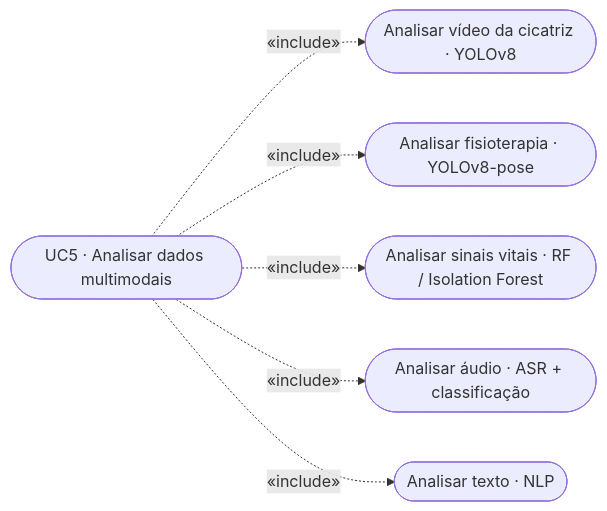
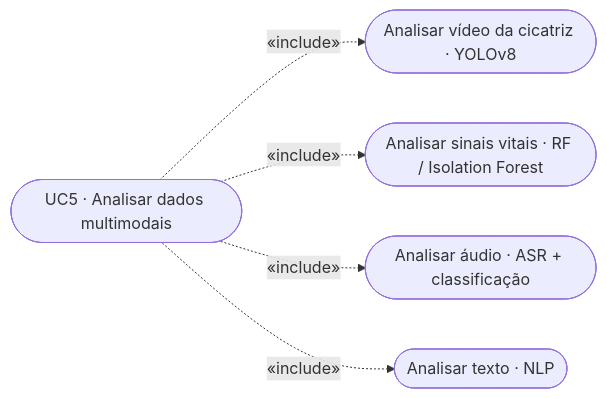
One commit to nurycaroline/8iadt-tc-fase4 changed the second of 3 diagrams in docs/casos-de-uso.md. Above: the diagram before and after it, drawn with Mermaid. The commit also changed other lines of this file and 60 other files, not shown here.

````diff
--- a/docs/casos-de-uso.md
+++ b/docs/casos-de-uso.md
@@ -70,15 +70,13 @@
 ```mermaid
 flowchart LR
     UC5(["UC5 · Analisar dados multimodais"])
     A1(["Analisar vídeo da cicatriz · YOLOv8"])
-    A1b(["Analisar fisioterapia · YOLOv8-pose"])
     A2(["Analisar sinais vitais · RF / Isolation Forest"])
     A3(["Analisar áudio · ASR + classificação"])
     A4(["Analisar texto · NLP"])
 
     UC5 -. «include» .-> A1
-    UC5 -. «include» .-> A1b
     UC5 -. «include» .-> A2
     UC5 -. «include» .-> A3
     UC5 -. «include» .-> A4
 ```
````
